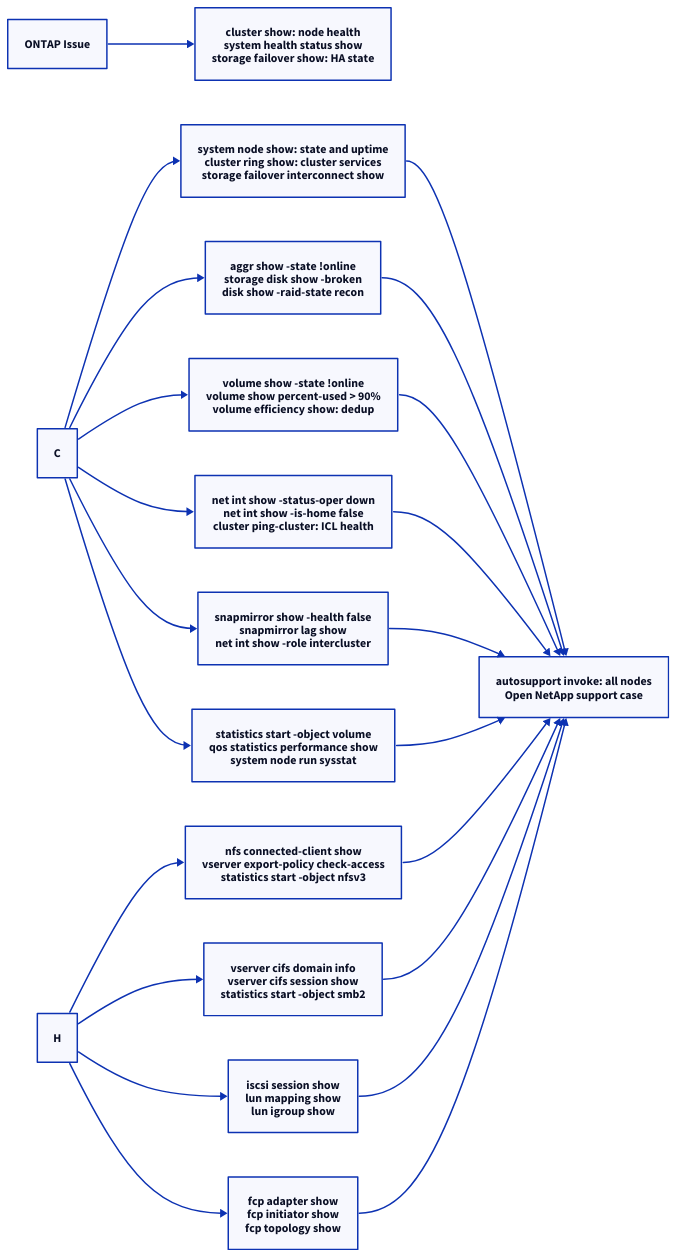
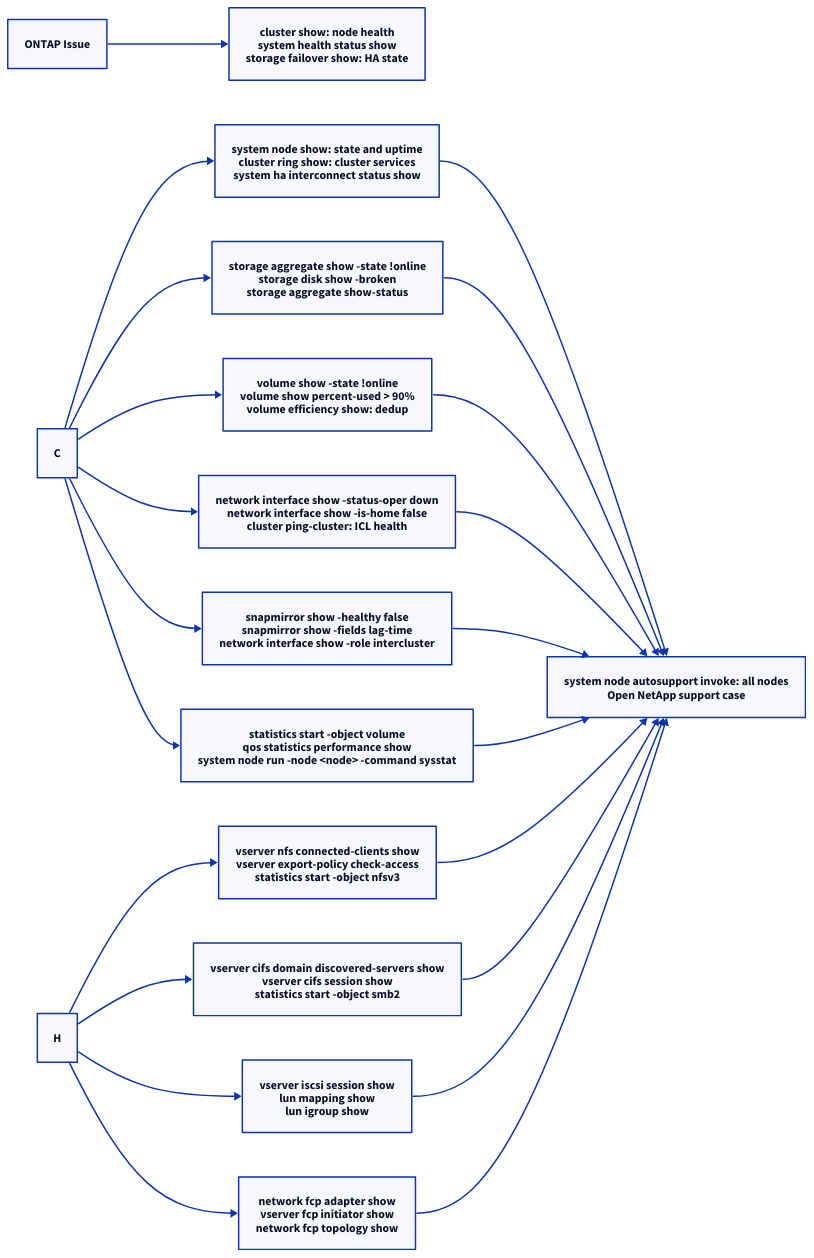
Before and after one commit to canast01/chris-kb: the first of 2 diagrams in docs/storage/products/netapp/ontap/troubleshooting/diagnostics.md, drawn with D2. The commit also changed other lines of this file and 141 other files, not shown here.

````diff
--- a/docs/storage/products/netapp/ontap/troubleshooting/diagnostics.md
+++ b/docs/storage/products/netapp/ontap/troubleshooting/diagnostics.md
@@ -18,41 +18,41 @@
 ```d2
 direction: right
 
 A: "ONTAP Issue" {shape: rectangle}
 B: "cluster show: node health\nsystem health status show\nstorage failover show: HA state" {shape: rectangle}
 C: "C" {shape: rectangle}
-D: "system node show: state and uptime\ncluster ring show: cluster services\nstorage failover interconnect show" {shape: rectangle}
-E: "aggr show -state !online\nstorage disk show -broken\ndisk show -raid-state recon" {shape: rectangle}
+D: "system node show: state and uptime\ncluster ring show: cluster services\nsystem ha interconnect status show" {shape: rectangle}
+E: "storage aggregate show -state !online\nstorage disk show -broken\nstorage aggregate show-status" {shape: rectangle}
 F: "volume show -state !online\nvolume show percent-used > 90%\nvolume efficiency show: dedup" {shape: rectangle}
-G: "net int show -status-oper down\nnet int show -is-home false\ncluster ping-cluster: ICL health" {shape: rectangle}
+G: "network interface show -status-oper down\nnetwork interface show -is-home false\ncluster ping-cluster: ICL health" {shape: rectangle}
 H: "H" {shape: rectangle}
-I: "nfs connected-client show\nvserver export-policy check-access\nstatistics start -object nfsv3" {shape: rectangle}
-J: "vserver cifs domain info\nvserver cifs session show\nstatistics start -object smb2" {shape: rectangle}
-K: "iscsi session show\nlun mapping show\nlun igroup show" {shape: rectangle}
-L: "fcp adapter show\nfcp initiator show\nfcp topology show" {shape: rectangle}
-M: "snapmirror show -health false\nsnapmirror lag show\nnet int show -role intercluster" {shape: rectangle}
-N: "statistics start -object volume\nqos statistics performance show\nsystem node run sysstat" {shape: rectangle}
-O: "autosupport invoke: all nodes\nOpen NetApp support case" {shape: rectangle}
+I: "vserver nfs connected-clients show\nvserver export-policy check-access\nstatistics start -object nfsv3" {shape: rectangle}
+J: "vserver cifs domain discovered-servers show\nvserver cifs session show\nstatistics start -object smb2" {shape: rectangle}
+K: "vserver iscsi session show\nlun mapping show\nlun igroup show" {shape: rectangle}
+L: "network fcp adapter show\nvserver fcp initiator show\nnetwork fcp topology show" {shape: rectangle}
+M: "snapmirror show -healthy false\nsnapmirror show -fields lag-time\nnetwork interface show -role intercluster" {shape: rectangle}
+N: "statistics start -object volume\nqos statistics performance show\nsystem node run -node <node> -command sysstat" {shape: rectangle}
+O: "system node autosupport invoke: all nodes\nOpen NetApp support case" {shape: rectangle}
 
 A -> B
 C -> D
 C -> E
 C -> F
 C -> G
 H -> I
 H -> J
 H -> K
 H -> L
 C -> M
 C -> N
 D -> O
 E -> O
 F -> O
 G -> O
 I -> O
 J -> O
 K -> O
 L -> O
 M -> O
 N -> O
 ```
````
